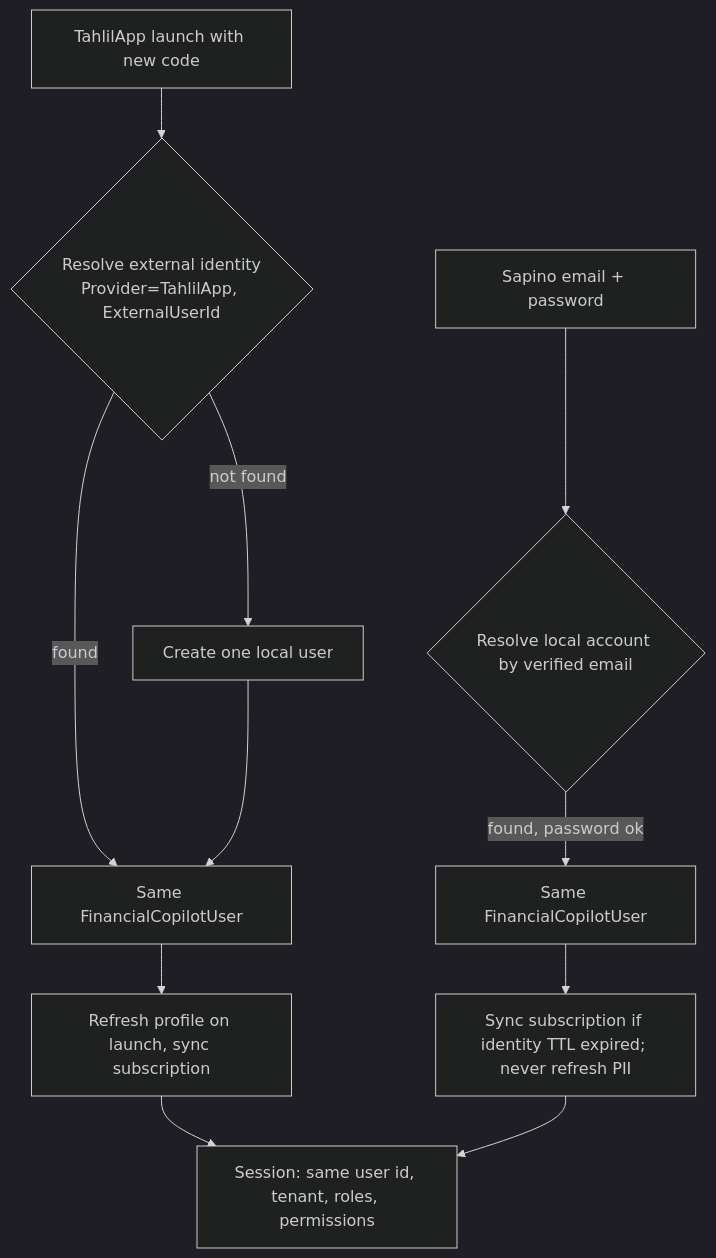
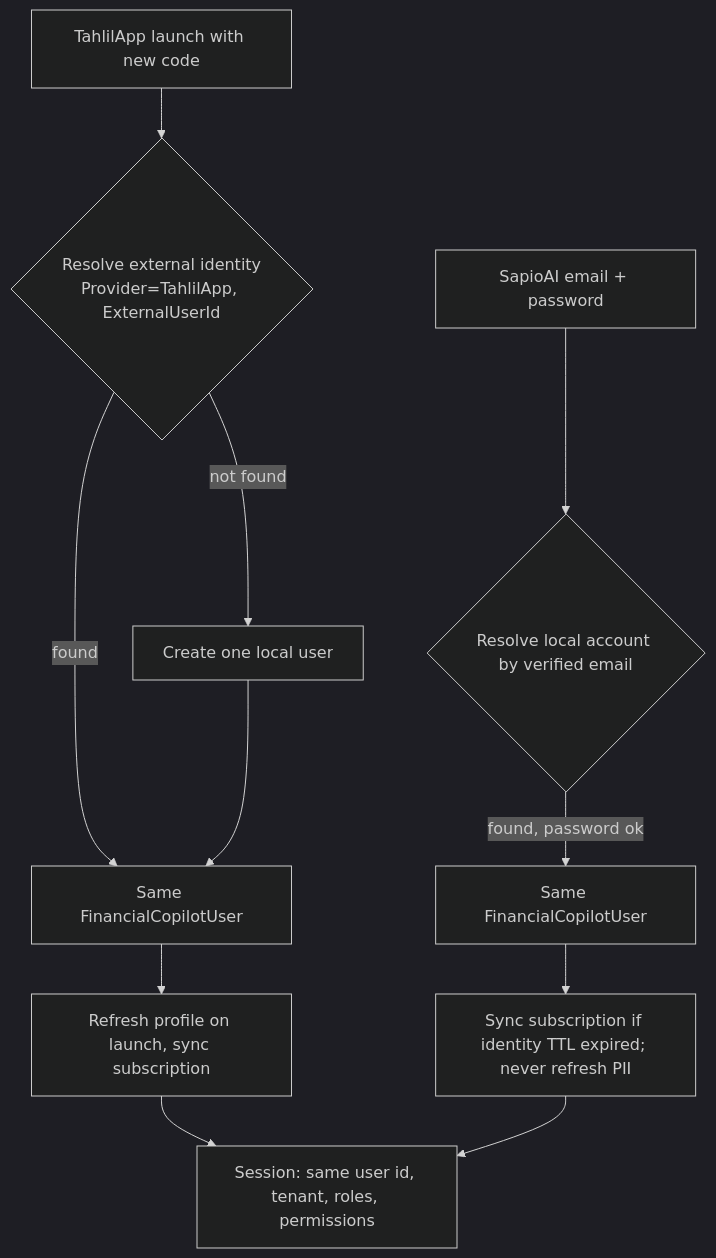
One commit to Rayan1392/financial-copilot changed the fifth of 7 diagrams in specs/139-tahlilapp-session-exchange/Design.md. Above: the diagram before and after it, drawn with Mermaid (dark theme). The commit also changed other lines of this file and 59 other files, not shown here.

````diff
--- a/specs/139-tahlilapp-session-exchange/Design.md
+++ b/specs/139-tahlilapp-session-exchange/Design.md
@@ -809,13 +809,13 @@
 ```mermaid
 flowchart TD
     A[TahlilApp launch with new code] --> R{Resolve external identity<br/>Provider=TahlilApp, ExternalUserId}
-    B[Sapino email + password] --> C{Resolve local account by verified email}
+    B[SapioAI email + password] --> C{Resolve local account by verified email}
     R -->|found| U1[Same FinancialCopilotUser]
     R -->|not found| N1[Create one local user]
     N1 --> U1
     C -->|found, password ok| U2[Same FinancialCopilotUser]
     U1 --> S1[Refresh profile on launch, sync subscription]
     U2 --> S2[Sync subscription if identity TTL expired; never refresh PII]
     S1 --> SESS[Session: same user id, tenant, roles, permissions]
     S2 --> SESS
 ```
````
